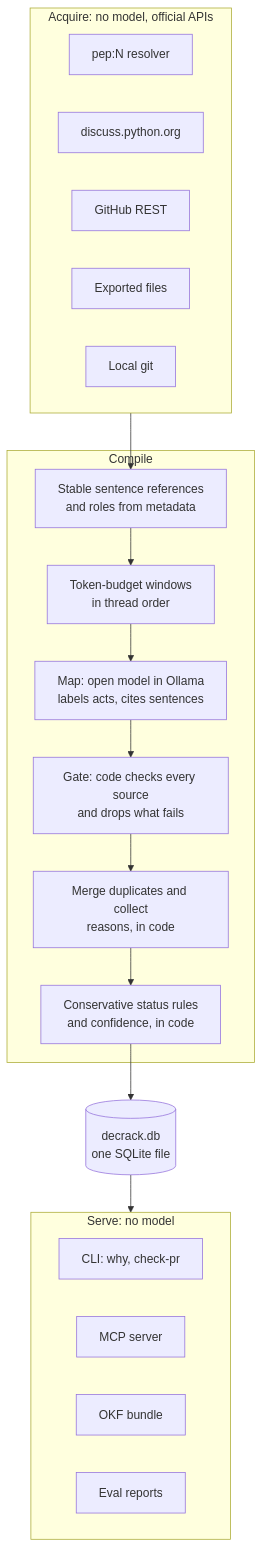
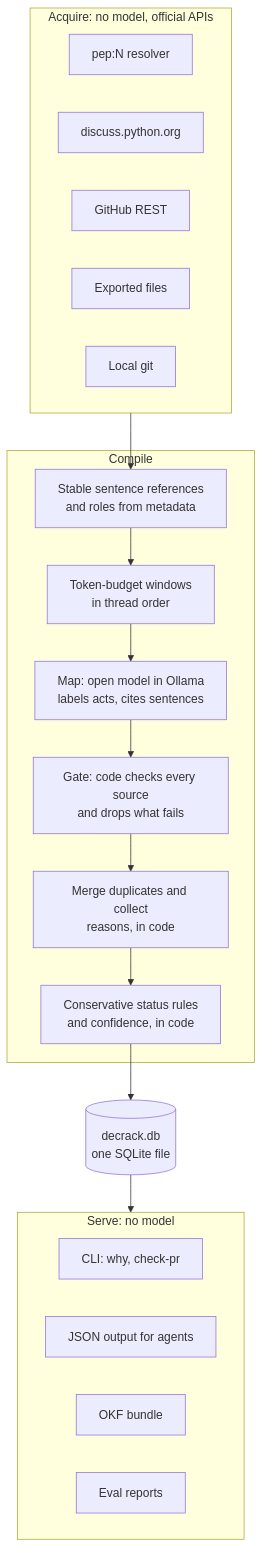
Before and after one commit to Madhav-GPT/DecRack: the first of 2 diagrams in README.md, drawn with Mermaid. The commit also changed other lines of this file and 17 other files, not shown here.

````diff
--- a/README.md
+++ b/README.md
@@ -117,28 +117,28 @@
 ```mermaid
 flowchart TD
     subgraph ACQ["Acquire: no model, official APIs"]
         direction LR
         S1["pep:N resolver"]
         S2["discuss.python.org"]
         S3["GitHub REST"]
         S4["Exported files"]
         S5["Local git"]
     end
     subgraph CMP["Compile"]
         C1["Stable sentence references<br/>and roles from metadata"] --> C2["Token-budget windows<br/>in thread order"]
         C2 --> C3["Map: open model in Ollama<br/>labels acts, cites sentences"]
         C3 --> C4["Gate: code checks every source<br/>and drops what fails"]
         C4 --> C5["Merge duplicates and collect<br/>reasons, in code"]
         C5 --> C6["Conservative status rules<br/>and confidence, in code"]
     end
     subgraph SRV["Serve: no model"]
         direction LR
         V1["CLI: why, check-pr"]
-        V2["MCP server"]
+        V2["JSON output for agents"]
         V3["OKF bundle"]
         V4["Eval reports"]
     end
     ACQ --> C1
     C6 --> DB[("decrack.db<br/>one SQLite file")]
     DB --> SRV
 ```
````
